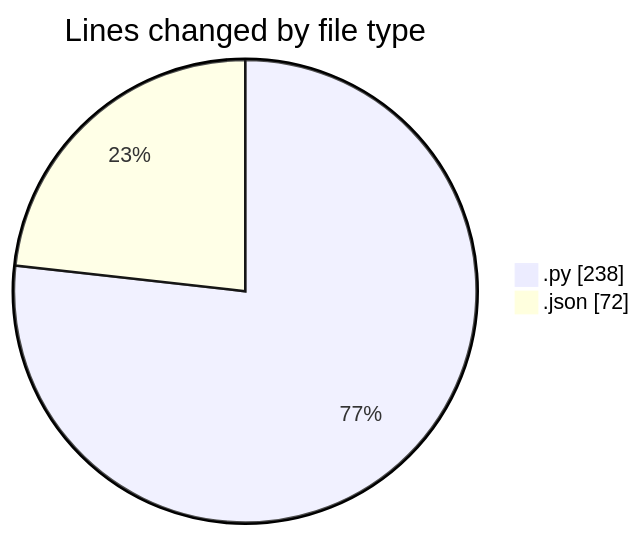
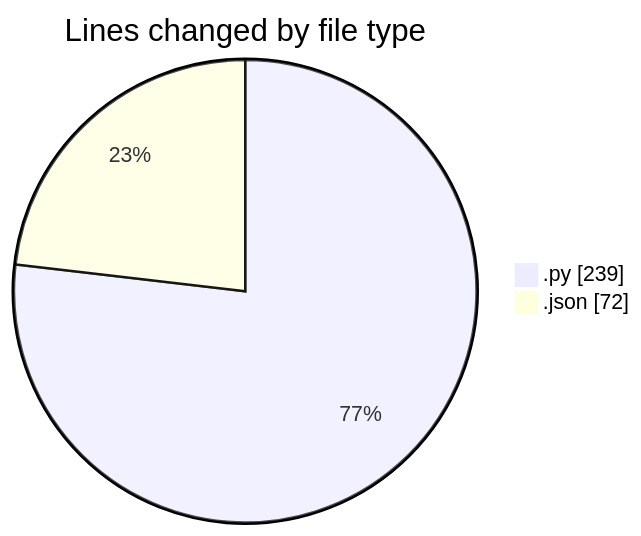
The first of 2 diagrams in 2025-02-23/samplepdf/README.md (momahboobian/code-tracking), drawn with Mermaid before and after one commit. The commit also changed other lines of this file and 1 other file, not shown here.

````diff
--- a/2025-02-23/samplepdf/README.md
+++ b/2025-02-23/samplepdf/README.md
@@ -24,6 +24,6 @@
 ```mermaid
 pie showData
 title Lines changed by file type
-".py" : 238
+".py" : 239
 ".json" : 72
 ```
````
